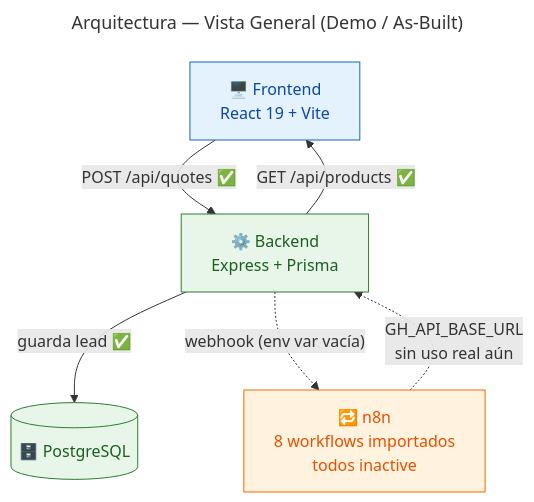
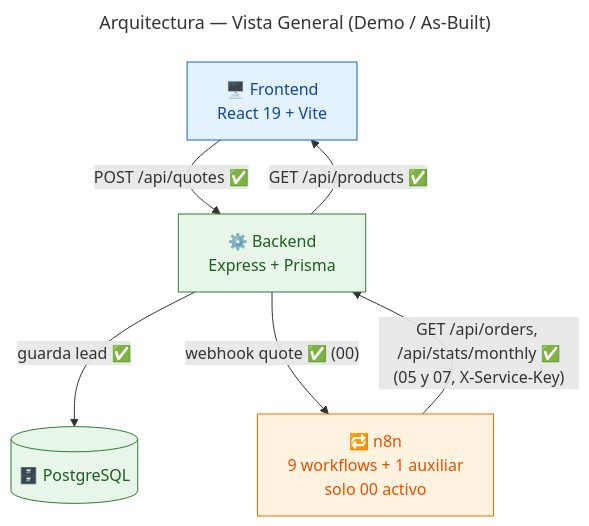
Before and after one commit to sudogringo/FINAL: the fifth of 7 diagrams in docs/architecture/diagram.md, drawn with Mermaid. The commit also changed other lines of this file and 11 other files, not shown here.

First line of the commit message:
docs: bring architecture and research notes in line with the code

````diff
--- a/docs/architecture/diagram.md
+++ b/docs/architecture/diagram.md
@@ -165,21 +165,21 @@
 ```mermaid
 ---
 title: Arquitectura — Vista General (Demo / As-Built)
 ---
 flowchart TD
     classDef frontend fill:#e3f2fd,stroke:#1565c0,color:#0d47a1
     classDef backend fill:#e8f5e9,stroke:#2e7d32,color:#1b5e20
     classDef orch fill:#fff3e0,stroke:#ef6c00,color:#e65100
     classDef db fill:#e8f5e9,stroke:#2e7d32,color:#1b5e20
 
     FE["🖥️ Frontend<br/>React 19 + Vite"]:::frontend
     BE["⚙️ Backend<br/>Express + Prisma"]:::backend
     DB[("🗄️ PostgreSQL")]:::db
-    N8N["🔁 n8n<br/>8 workflows importados<br/>todos inactive"]:::orch
+    N8N["🔁 n8n<br/>9 workflows + 1 auxiliar<br/>solo 00 activo"]:::orch
 
     FE -- "POST /api/quotes ✅" --> BE
     BE -- "GET /api/products ✅" --> FE
     BE -- "guarda lead ✅" --> DB
-    BE -. "webhook (env var vacía)" .-> N8N
-    N8N -. "GH_API_BASE_URL<br/>sin uso real aún" .-> BE
+    BE -- "webhook quote ✅ (00)" --> N8N
+    N8N -- "GET /api/orders, /api/stats/monthly ✅<br/>(05 y 07, X-Service-Key)" --> BE
 ```
````
